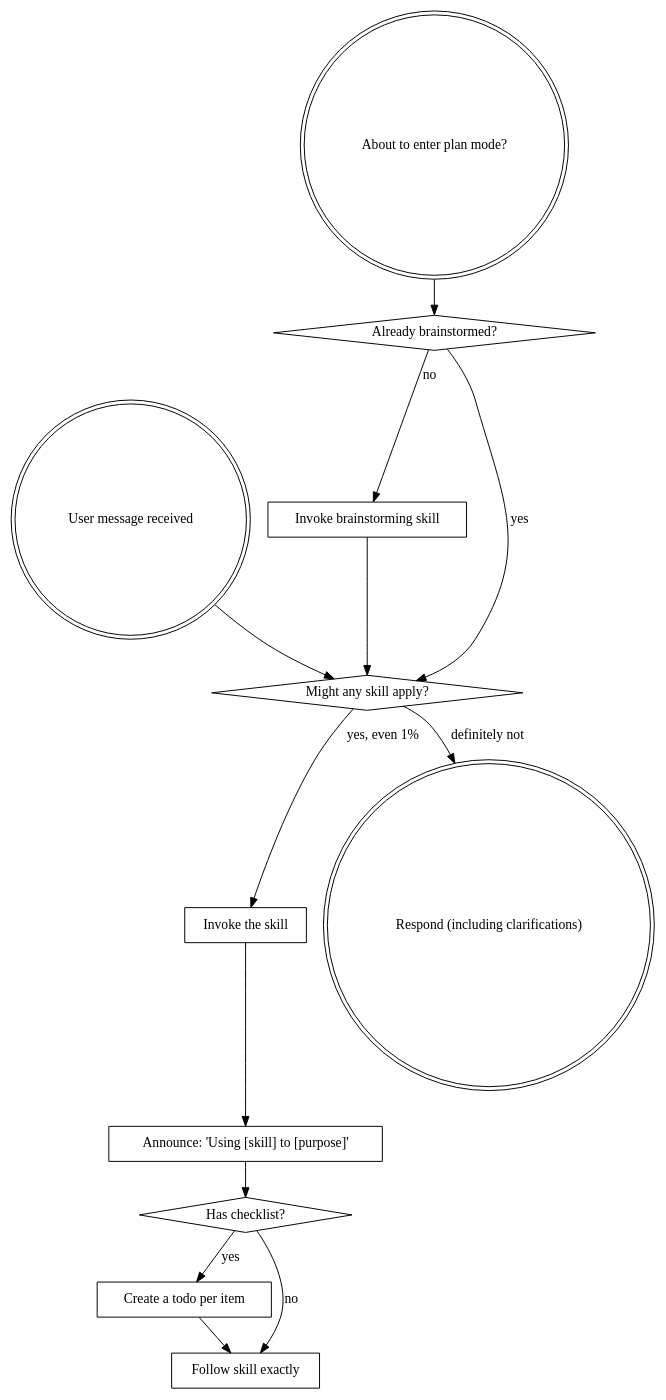
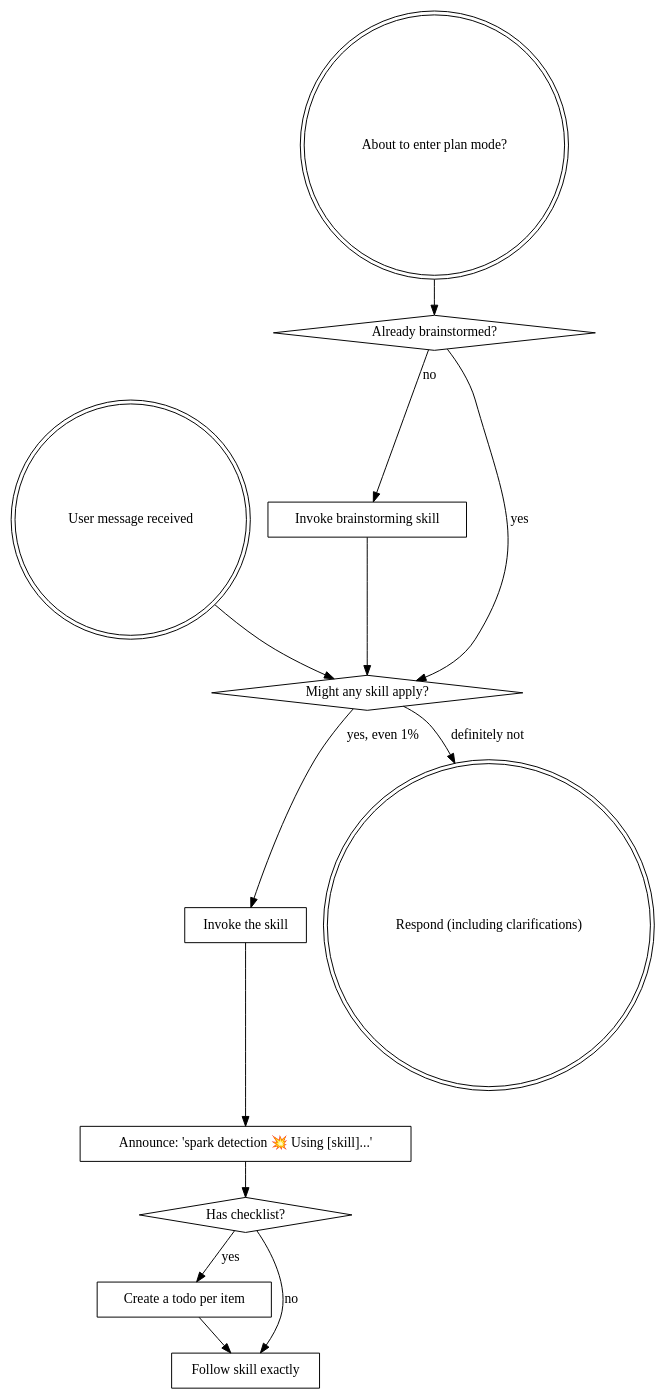
One commit to adityaaria/SPARK changed the diagram in skills/using-spark/SKILL.md. Above: the diagram before and after it, drawn with Graphviz. The commit also changed other lines of this file and 2 other files, not shown here.

Commit message:
feat: update skill announcement format, refresh CLI installer theme, and change agent list markers to squares

````diff
--- a/skills/using-spark/SKILL.md
+++ b/skills/using-spark/SKILL.md
@@ -52,29 +56,29 @@
 ```dot
 digraph skill_flow {
     "User message received" [shape=doublecircle];
     "About to enter plan mode?" [shape=doublecircle];
     "Already brainstormed?" [shape=diamond];
     "Invoke brainstorming skill" [shape=box];
     "Might any skill apply?" [shape=diamond];
     "Invoke the skill" [shape=box];
-    "Announce: 'Using [skill] to [purpose]'" [shape=box];
+    "Announce: 'spark detection 💥 Using [skill]...'" [shape=box];
     "Has checklist?" [shape=diamond];
     "Create a todo per item" [shape=box];
     "Follow skill exactly" [shape=box];
     "Respond (including clarifications)" [shape=doublecircle];
 
     "About to enter plan mode?" -> "Already brainstormed?";
     "Already brainstormed?" -> "Invoke brainstorming skill" [label="no"];
     "Already brainstormed?" -> "Might any skill apply?" [label="yes"];
     "Invoke brainstorming skill" -> "Might any skill apply?";
 
     "User message received" -> "Might any skill apply?";
     "Might any skill apply?" -> "Invoke the skill" [label="yes, even 1%"];
     "Might any skill apply?" -> "Respond (including clarifications)" [label="definitely not"];
-    "Invoke the skill" -> "Announce: 'Using [skill] to [purpose]'";
-    "Announce: 'Using [skill] to [purpose]'" -> "Has checklist?";
+    "Invoke the skill" -> "Announce: 'spark detection 💥 Using [skill]...'";
+    "Announce: 'spark detection 💥 Using [skill]...'" -> "Has checklist?";
     "Has checklist?" -> "Create a todo per item" [label="yes"];
     "Has checklist?" -> "Follow skill exactly" [label="no"];
     "Create a todo per item" -> "Follow skill exactly";
 }
 ```
````
